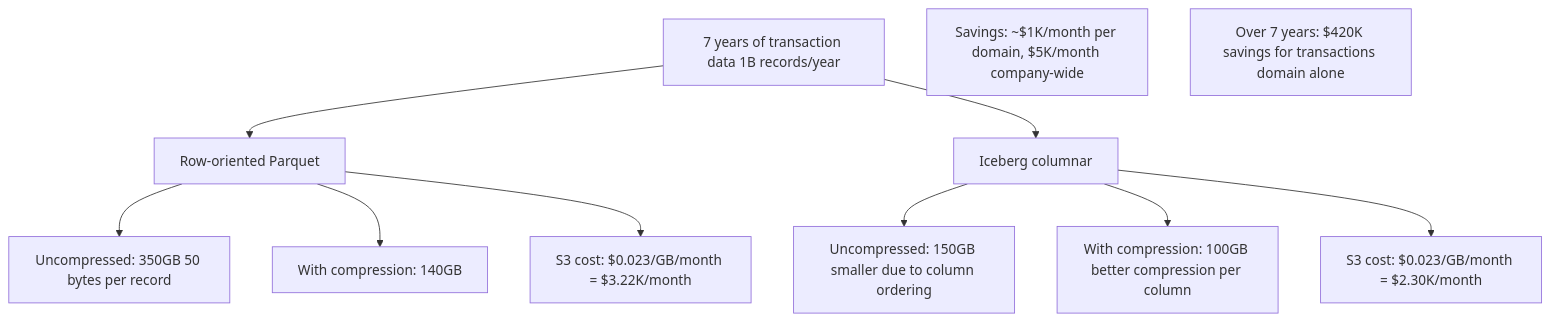
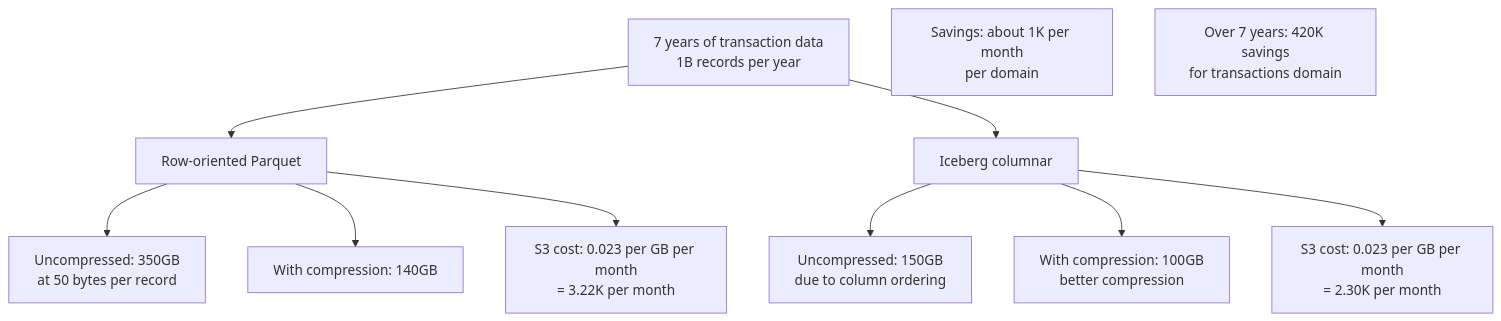
One commit to naren-chakraview/chakraview-fintech-data-mesh changed the second of 2 diagrams in docs/adrs/ADR-0002-iceberg.md. Above: the diagram before and after it, drawn with Mermaid. The commit also changed other lines of this file and 21 other files, not shown here.

First line of the commit message:
Fix mermaid diagram rendering issues in fintech data mesh documentation

````diff
--- a/docs/adrs/ADR-0002-iceberg.md
+++ b/docs/adrs/ADR-0002-iceberg.md
@@ -74,19 +74,19 @@
 ```mermaid
 graph TD
-    A["7 years of transaction data 1B records/year"]
+    A["7 years of transaction data<br/>1B records per year"]
     
     B["Row-oriented Parquet"]
     A --> B
-    B --> B1["Uncompressed: 350GB 50 bytes per record"]
+    B --> B1["Uncompressed: 350GB<br/>at 50 bytes per record"]
     B --> B2["With compression: 140GB"]
-    B --> B3["S3 cost: $0.023/GB/month = $3.22K/month"]
+    B --> B3["S3 cost: 0.023 per GB per month<br/>= 3.22K per month"]
     
     C["Iceberg columnar"]
     A --> C
-    C --> C1["Uncompressed: 150GB smaller due to column ordering"]
-    C --> C2["With compression: 100GB better compression per column"]
-    C --> C3["S3 cost: $0.023/GB/month = $2.30K/month"]
+    C --> C1["Uncompressed: 150GB<br/>due to column ordering"]
+    C --> C2["With compression: 100GB<br/>better compression"]
+    C --> C3["S3 cost: 0.023 per GB per month<br/>= 2.30K per month"]
     
-    D["Savings: ~$1K/month per domain, $5K/month company-wide"]
-    E["Over 7 years: $420K savings for transactions domain alone"]
+    D["Savings: about 1K per month<br/>per domain"]
+    E["Over 7 years: 420K savings<br/>for transactions domain"]
 ```
````
